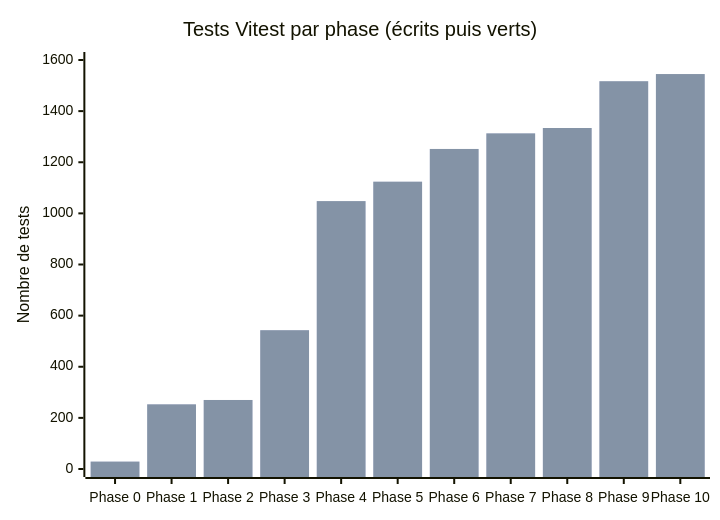
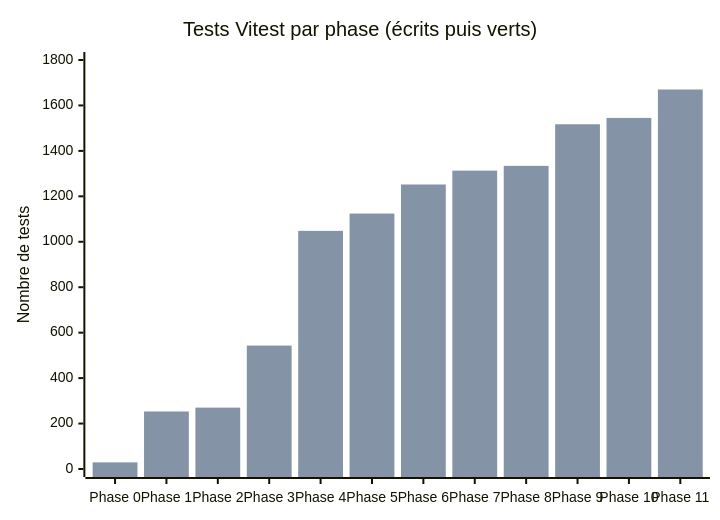
Before and after one commit to lyon32/lyonpanel: the fifth of 5 diagrams in docs/reports/TABLEAU-DE-BORD.md, drawn with Mermaid. The commit also changed other lines of this file and 6 other files, not shown here.

Commit message:
docs(phase-11): rapports, bilan, CHANGELOG, ROADMAP et tableau de bord

````diff
--- a/docs/reports/TABLEAU-DE-BORD.md
+++ b/docs/reports/TABLEAU-DE-BORD.md
@@ -131,8 +135,8 @@
 ```mermaid
 xychart-beta
   title "Tests Vitest par phase (écrits puis verts)"
-  x-axis ["Phase 0", "Phase 1", "Phase 2", "Phase 3", "Phase 4", "Phase 5", "Phase 6", "Phase 7", "Phase 8", "Phase 9", "Phase 10"]
-  y-axis "Nombre de tests" 0 --> 1600
-  bar [29, 253, 270, 543, 1048, 1124, 1252, 1313, 1334, 1517, 1545]
-  bar [29, 253, 270, 543, 1048, 1124, 1252, 1313, 1334, 1517, 1545]
+  x-axis ["Phase 0", "Phase 1", "Phase 2", "Phase 3", "Phase 4", "Phase 5", "Phase 6", "Phase 7", "Phase 8", "Phase 9", "Phase 10", "Phase 11"]
+  y-axis "Nombre de tests" 0 --> 1800
+  bar [29, 253, 270, 543, 1048, 1124, 1252, 1313, 1334, 1517, 1545, 1670]
+  bar [29, 253, 270, 543, 1048, 1124, 1252, 1313, 1334, 1517, 1545, 1670]
 ```
````
